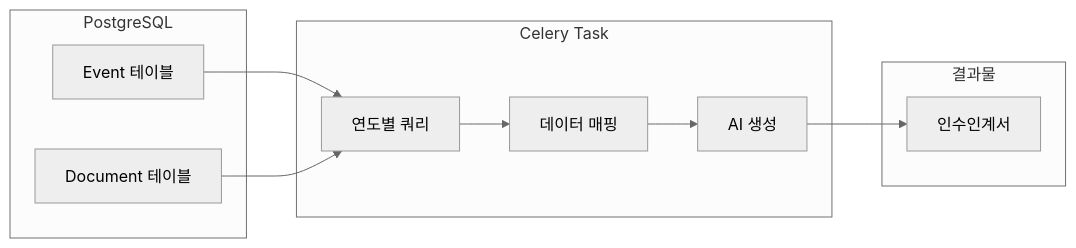
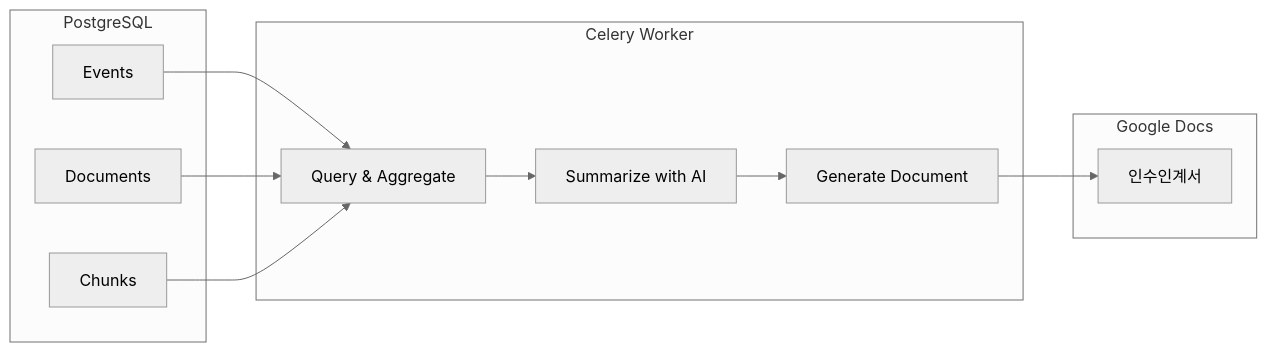
Before and after one commit to gun9212/2025Winter_4th: the fifth of 9 diagrams in docs/COMMUNICATION_FLOW.md, drawn with Mermaid (neutral theme). The commit also changed other lines of this file and 3 other files, not shown here.

Commit message:
"fix: API, DB스키마, Celery Task, 추가 기능 FLOW 마크다운 파일 최신화 반영"

````diff
--- a/docs/COMMUNICATION_FLOW.md
+++ b/docs/COMMUNICATION_FLOW.md
@@ -220,23 +262,25 @@
 ```mermaid
 flowchart LR
     subgraph DB["PostgreSQL"]
-        E[Event 테이블]
-        D[Document 테이블]
+        E[Events]
+        D[Documents]
+        C[Chunks]
     end
-    
-    subgraph Process["Celery Task"]
-        Q[연도별 쿼리]
-        M[데이터 매핑]
-        G[AI 생성]
+
+    subgraph Process["Celery Worker"]
+        Q[Query & Aggregate]
+        S[Summarize with AI]
+        G[Generate Document]
     end
-    
-    subgraph Output["결과물"]
+
+    subgraph Output["Google Docs"]
         H[인수인계서]
     end
-    
+
     E --> Q
     D --> Q
-    Q --> M
-    M --> G
+    C --> Q
+    Q --> S
+    S --> G
     G --> H
 ```
````
